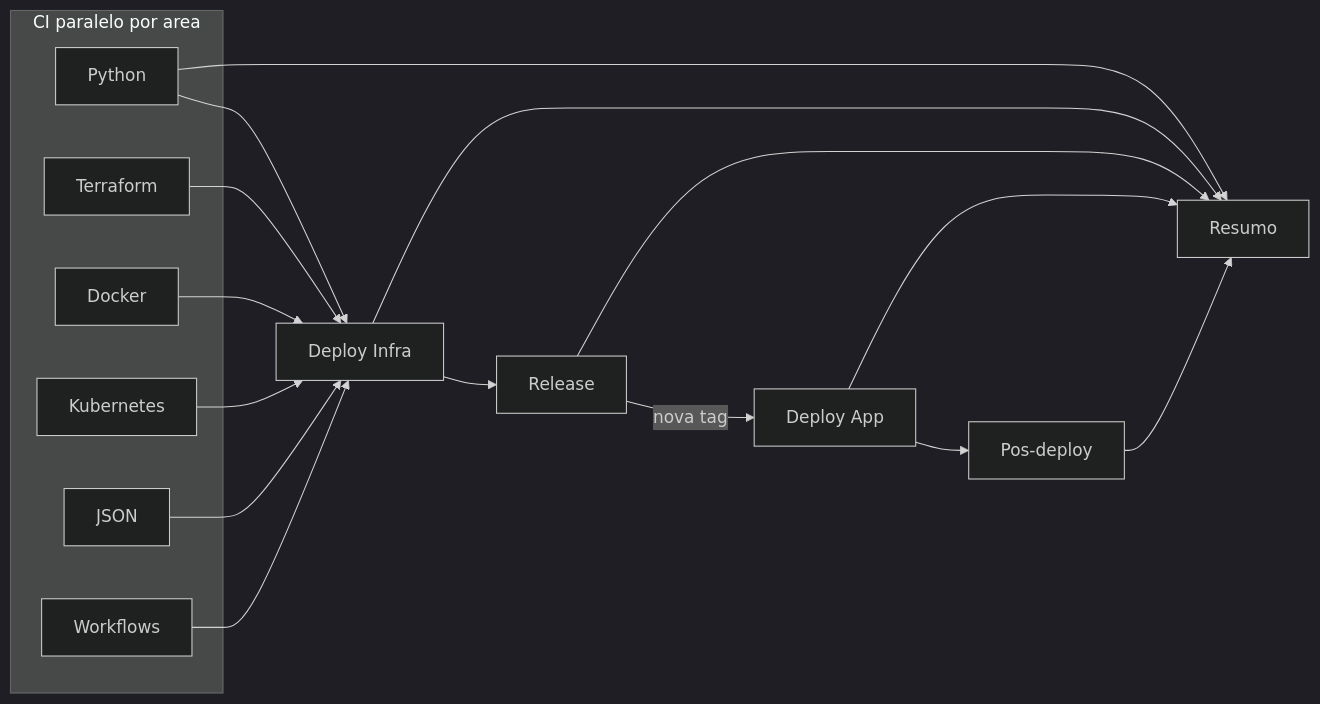
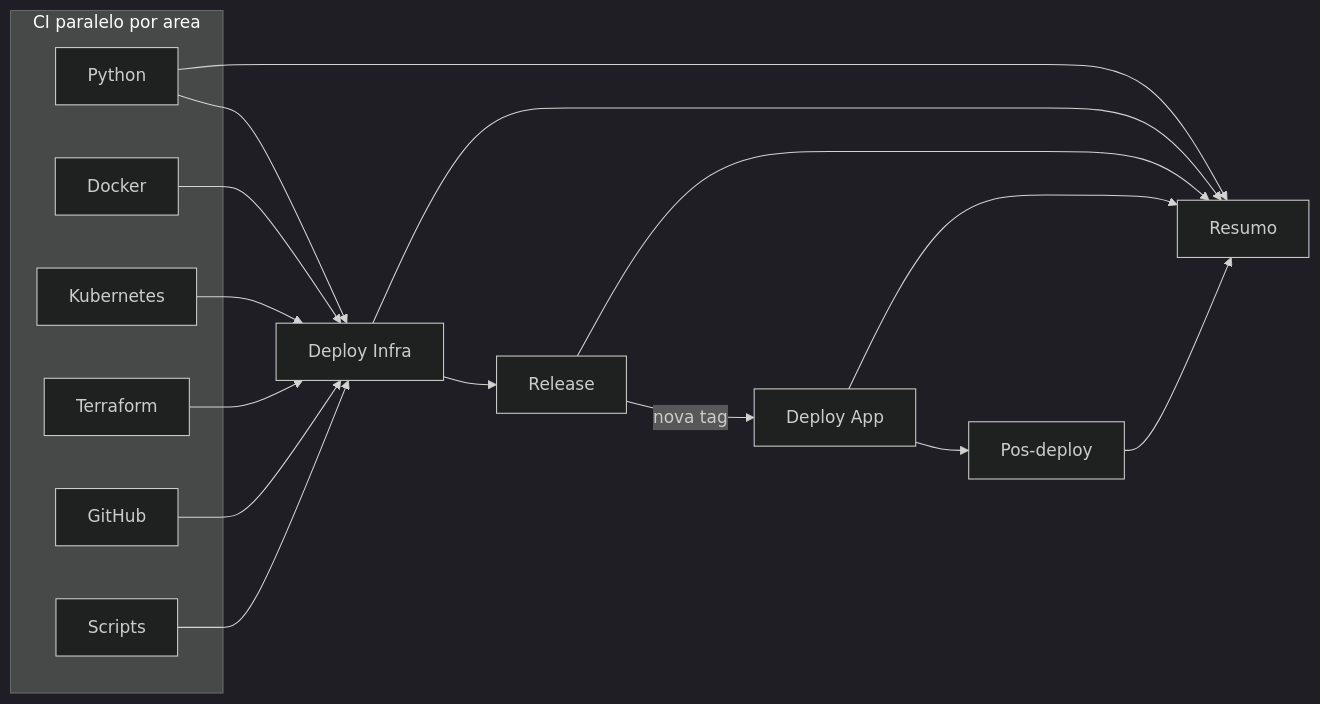
One commit to victorh-silveira/minecraft-core-server changed the diagram in .github/README.md. Above: the diagram before and after it, drawn with Mermaid (dark theme). The commit also changed other lines of this file and 31 other files, not shown here.

````diff
--- a/.github/README.md
+++ b/.github/README.md
@@ -7,25 +7,25 @@
 ```mermaid
 flowchart LR
   subgraph ci [CI paralelo por area]
     PY[Python]
-    TF[Terraform]
     DK[Docker]
     K8[Kubernetes]
-    JS[JSON]
-    WF[Workflows]
+    TF[Terraform]
+    GH[GitHub]
+    SH[Scripts]
   end
   PY --> I[Deploy Infra]
-  TF --> I
   DK --> I
   K8 --> I
-  JS --> I
-  WF --> I
+  TF --> I
+  GH --> I
+  SH --> I
   I --> R[Release]
   R -->|nova tag| A[Deploy App]
   A --> P[Pos-deploy]
   PY --> S[Resumo]
   I --> S
   R --> S
   A --> S
   P --> S
 ```
````
